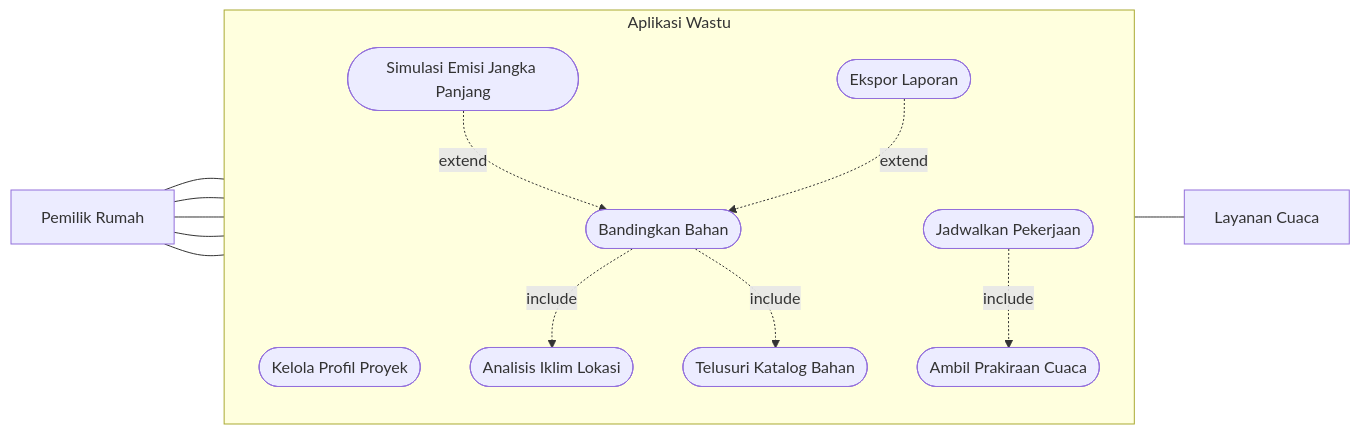
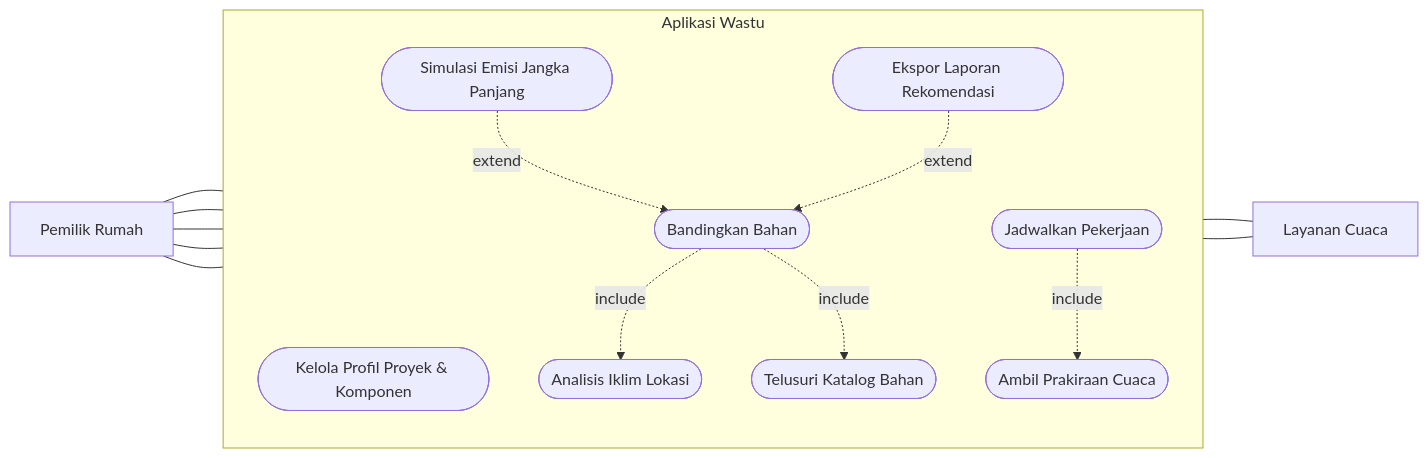
The first of 4 diagrams in docs/uml-wastu.md (scientivan/wastu), drawn with Mermaid before and after one commit. The commit also changed other lines of this file and 1 other file, not shown here.

Commit message:
docs: align UML diagrams and drawio models with target specifications

````diff
--- a/docs/uml-wastu.md
+++ b/docs/uml-wastu.md
@@ -13,30 +17,32 @@
 ```mermaid
 flowchart LR
     U[Pemilik Rumah]
     W[Layanan Cuaca]
 
     subgraph WASTU[Aplikasi Wastu]
         direction TB
-        UC1([Kelola Profil Proyek])
+        UC1([Kelola Profil Proyek & Komponen])
         UC2([Telusuri Katalog Bahan])
         UC3([Bandingkan Bahan])
         UC4([Analisis Iklim Lokasi])
         UC5([Simulasi Emisi Jangka Panjang])
         UC6([Jadwalkan Pekerjaan])
         UC7([Ambil Prakiraan Cuaca])
-        UC8([Ekspor Laporan])
+        UC8([Ekspor Laporan Rekomendasi])
     end
 
     U --- UC1
     U --- UC2
     U --- UC3
     U --- UC6
     U --- UC8
 
     UC3 -.->|include| UC4
     UC3 -.->|include| UC2
     UC5 -.->|extend| UC3
     UC6 -.->|include| UC7
     UC8 -.->|extend| UC3
+
+    UC4 --- W
     UC7 --- W
 ```
````
